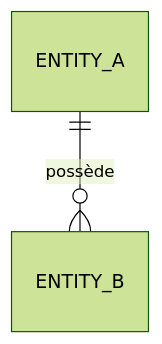
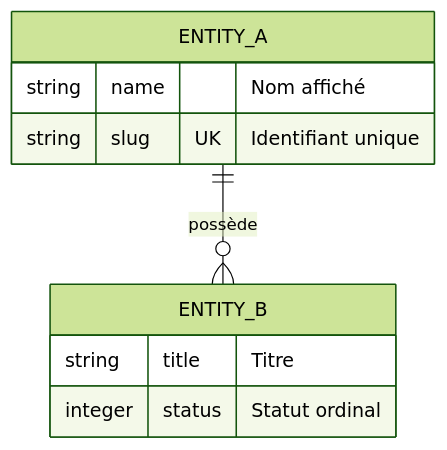
One commit to ngdo-pro/nanko changed the diagram in .agents/plugins/spec-framework/templates/DOMAIN_MODELS_TEMPLATE.md. Above: the diagram before and after it, drawn with Mermaid (forest theme). The commit also changed other lines of this file and 3 other files, not shown here.

Commit message:
docs(templates): harmonize DOMAIN_MODELS_TEMPLATE and DOMAIN_TECH_TEMPLATE with clean architecture layouts

````diff
--- a/.agents/plugins/spec-framework/templates/DOMAIN_MODELS_TEMPLATE.md
+++ b/.agents/plugins/spec-framework/templates/DOMAIN_MODELS_TEMPLATE.md
@@ -34,4 +22,13 @@
 ```mermaid
 erDiagram
     ENTITY_A ||--o{ ENTITY_B : "possède"
+
+    ENTITY_A {
+        string name "Nom affiché"
+        string slug UK "Identifiant unique"
+    }
+    ENTITY_B {
+        string title "Titre"
+        integer status "Statut ordinal"
+    }
 ```
````
